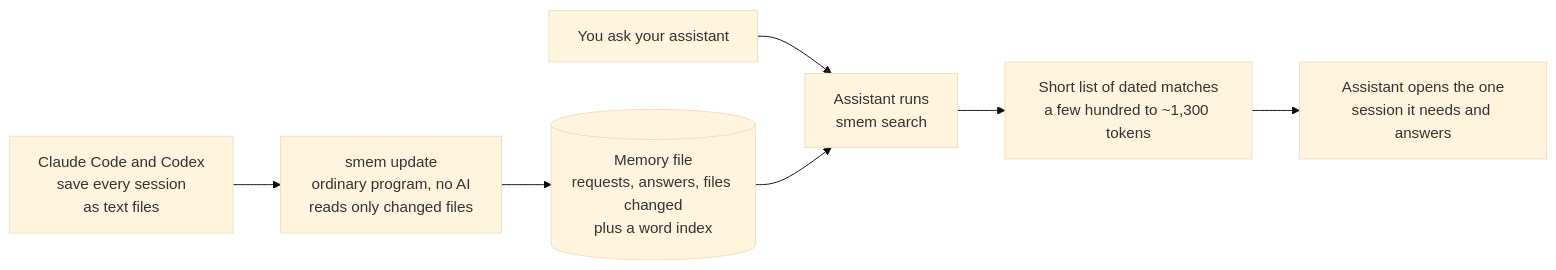
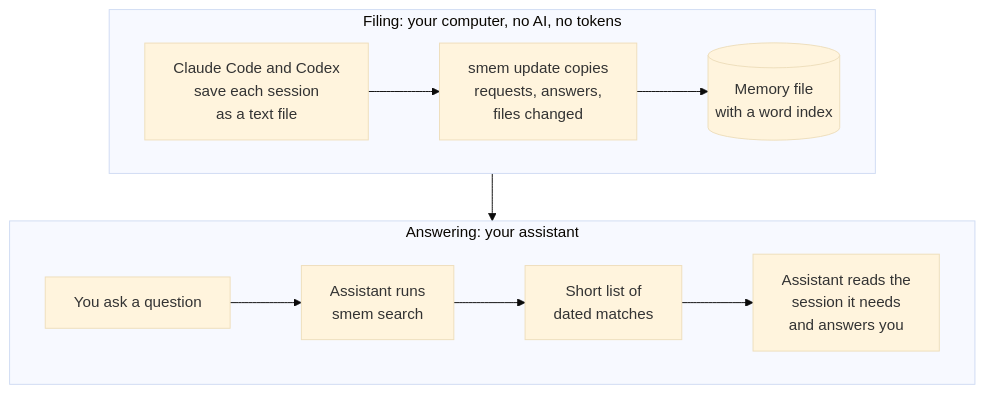
Before and after one commit to Palis8d/session-memory: the diagram in README.md, drawn with Mermaid (base theme).

Commit message:
README: draw the flow as two lanes, filing and answering, so it reads at a glance

````diff
--- a/README.md
+++ b/README.md
@@ -30,9 +30,12 @@
 ```mermaid
-flowchart LR
-  A["Claude Code and Codex<br/>save every session<br/>as text files"] --> B["smem update<br/>ordinary program, no AI<br/>reads only changed files"]
-  B --> C[("Memory file<br/>requests, answers, files changed<br/>plus a word index")]
-  D["You ask your assistant"] --> E["Assistant runs<br/>smem search"]
+flowchart TB
+  subgraph filing["Filing: your computer, no AI, no tokens"]
+    direction LR
+    A["Claude Code and Codex<br/>save each session<br/>as a text file"] --> B["smem update copies<br/>requests, answers,<br/>files changed"] --> C[("Memory file<br/>with a word index")]
+  end
+  subgraph answering["Answering: your assistant"]
+    direction LR
+    D["You ask a question"] --> E["Assistant runs<br/>smem search"] --> F["Short list of<br/>dated matches"] --> G["Assistant reads the<br/>session it needs<br/>and answers you"]
+  end
   C --> E
-  E --> F["Short list of dated matches<br/>a few hundred to ~1,300 tokens"]
-  F --> G["Assistant opens the one<br/>session it needs and answers"]
 ```
````
